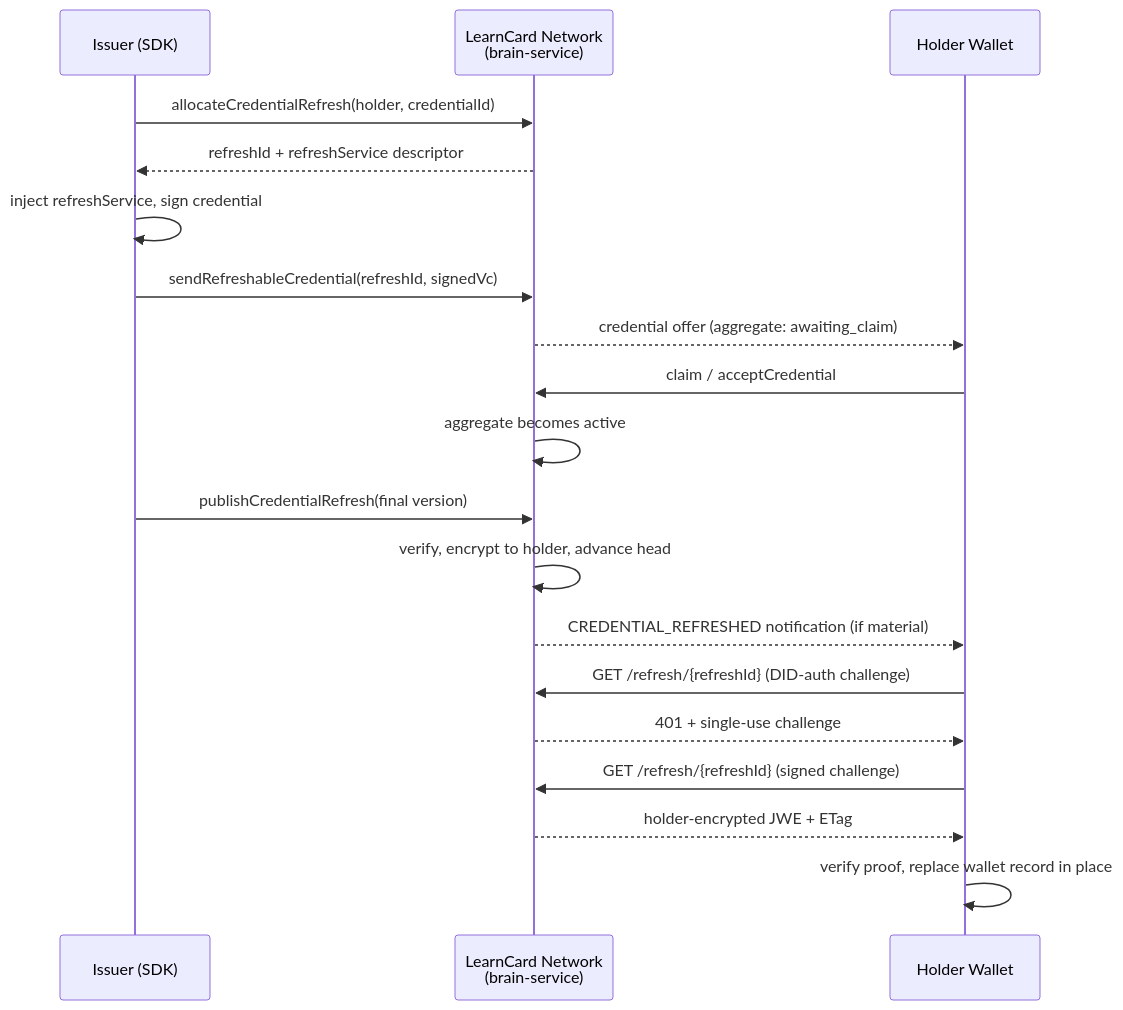
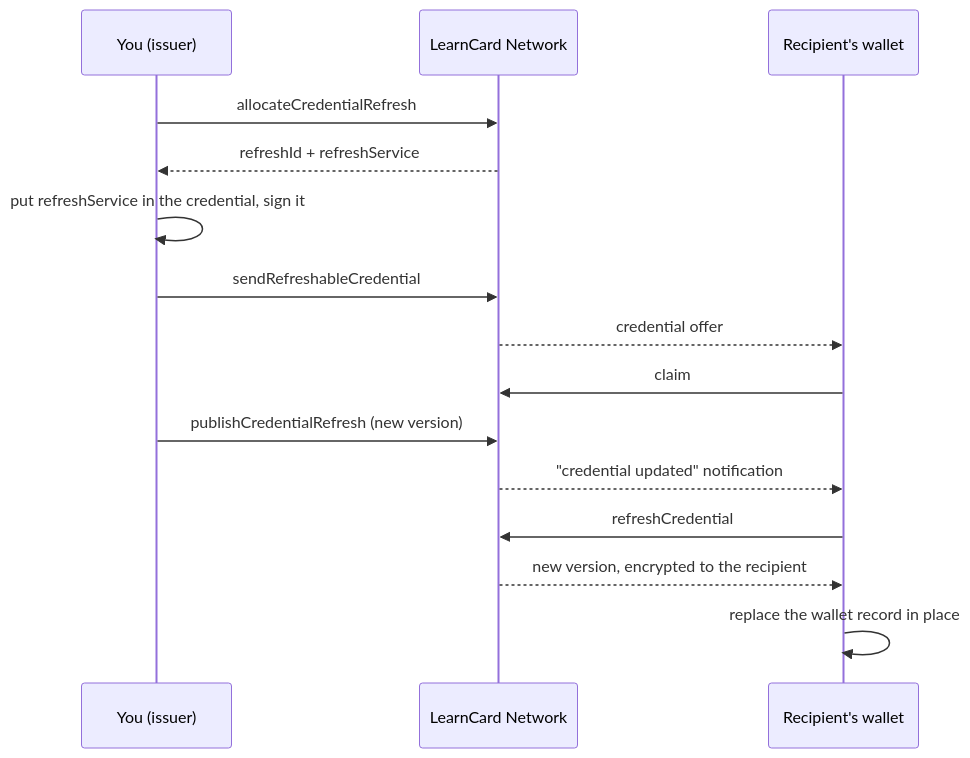
One commit to learningeconomy/LearnCard changed the diagram in docs/how-to-guides/issue-and-refresh-a-managed-credential.md. Above: the diagram before and after it, drawn with Mermaid. The commit also changed other lines of this file and 6 other files, not shown here.

First line of the commit message:
docs: bring credential refresh pages up to the Build-section standard

````diff
--- a/docs/how-to-guides/issue-and-refresh-a-managed-credential.md
+++ b/docs/how-to-guides/issue-and-refresh-a-managed-credential.md
@@ -13,22 +11,18 @@
 ```mermaid
 sequenceDiagram
-    participant I as Issuer (SDK)
-    participant B as LearnCard Network<br/>(brain-service)
-    participant H as Holder Wallet
+    participant I as You (issuer)
+    participant N as LearnCard Network
+    participant H as Recipient's wallet
 
-    I->>B: allocateCredentialRefresh(holder, credentialId)
-    B-->>I: refreshId + refreshService descriptor
-    I->>I: inject refreshService, sign credential
-    I->>B: sendRefreshableCredential(refreshId, signedVc)
-    B-->>H: credential offer (aggregate: awaiting_claim)
-    H->>B: claim / acceptCredential
-    B->>B: aggregate becomes active
-    I->>B: publishCredentialRefresh(final version)
-    B->>B: verify, encrypt to holder, advance head
-    B-->>H: CREDENTIAL_REFRESHED notification (if material)
-    H->>B: GET /refresh/{refreshId} (DID-auth challenge)
-    B-->>H: 401 + single-use challenge
-    H->>B: GET /refresh/{refreshId} (signed challenge)
-    B-->>H: holder-encrypted JWE + ETag
-    H->>H: verify proof, replace wallet record in place
+    I->>N: allocateCredentialRefresh
+    N-->>I: refreshId + refreshService
+    I->>I: put refreshService in the credential, sign it
+    I->>N: sendRefreshableCredential
+    N-->>H: credential offer
+    H->>N: claim
+    I->>N: publishCredentialRefresh (new version)
+    N-->>H: "credential updated" notification
+    H->>N: refreshCredential
+    N-->>H: new version, encrypted to the recipient
+    H->>H: replace the wallet record in place
 ```
````
